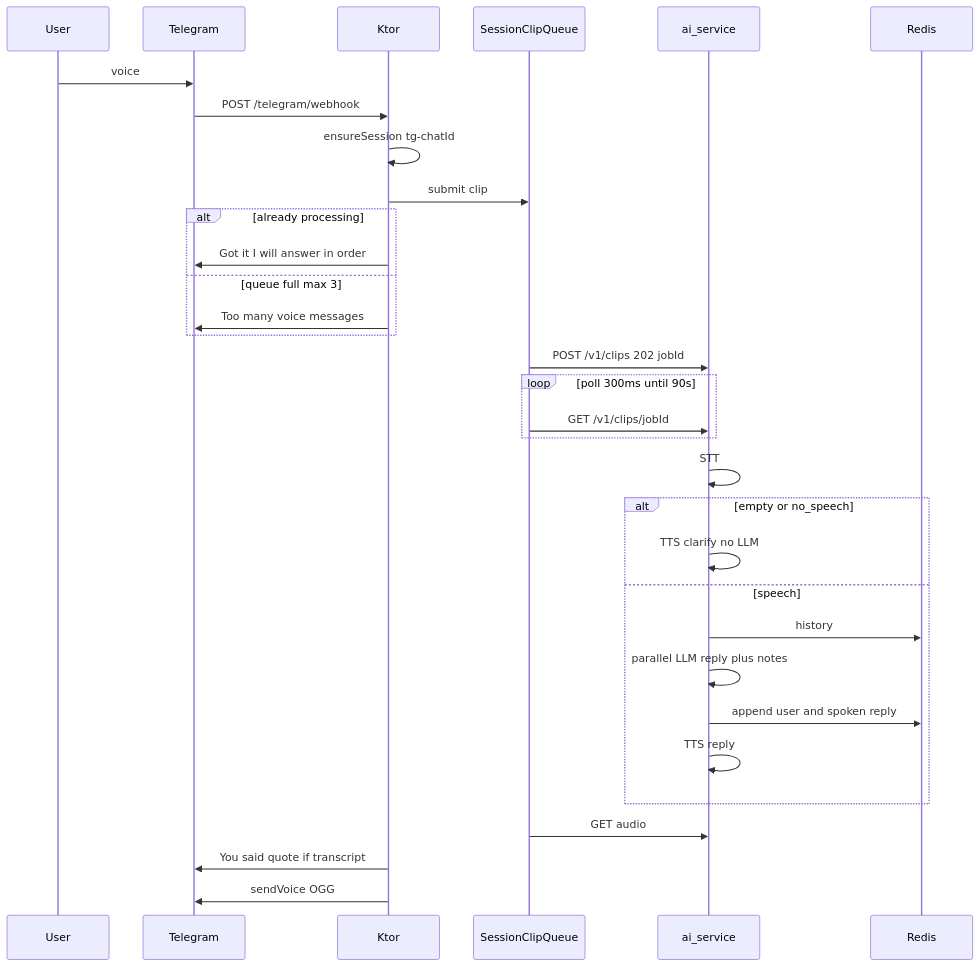
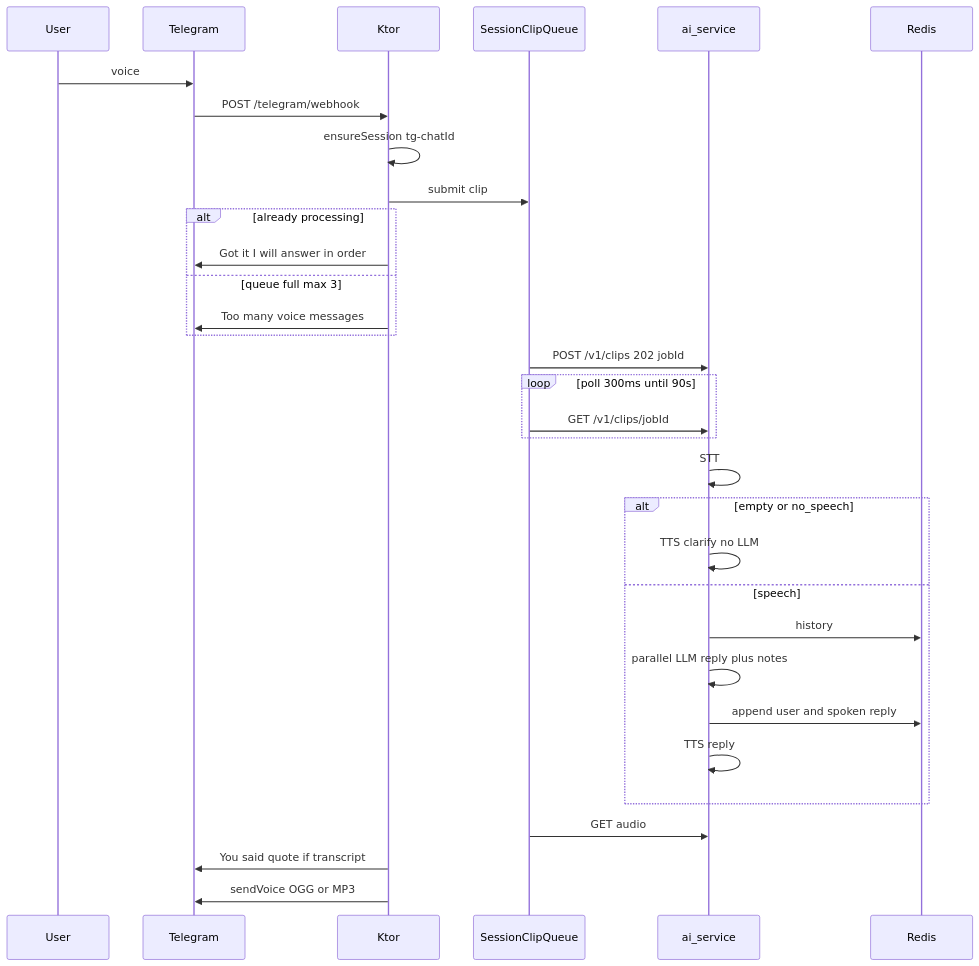
The second of 4 diagrams in ai_docs/architecture.md (greenblat17/1billion-dollar-startup), drawn with Mermaid before and after one commit. The commit also changed other lines of this file and 20 other files, not shown here.

````diff
--- a/ai_docs/architecture.md
+++ b/ai_docs/architecture.md
@@ -46,35 +46,35 @@
 ```mermaid
 sequenceDiagram
   participant User
   participant Telegram
   participant Ktor
   participant Queue as SessionClipQueue
   participant Ai as ai_service
   participant Redis
 
   User->>Telegram: voice
   Telegram->>Ktor: POST /telegram/webhook
   Ktor->>Ktor: ensureSession tg-chatId
   Ktor->>Queue: submit clip
   alt already processing
     Ktor->>Telegram: Got it I will answer in order
   else queue full max 3
     Ktor->>Telegram: Too many voice messages
   end
   Queue->>Ai: POST /v1/clips 202 jobId
   loop poll 300ms until 90s
     Queue->>Ai: GET /v1/clips/jobId
   end
   Ai->>Ai: STT
   alt empty or no_speech
     Ai->>Ai: TTS clarify no LLM
   else speech
     Ai->>Redis: history
     Ai->>Ai: parallel LLM reply plus notes
     Ai->>Redis: append user and spoken reply
     Ai->>Ai: TTS reply
   end
   Queue->>Ai: GET audio
   Ktor->>Telegram: You said quote if transcript
-  Ktor->>Telegram: sendVoice OGG
+  Ktor->>Telegram: sendVoice OGG or MP3
 ```
````
